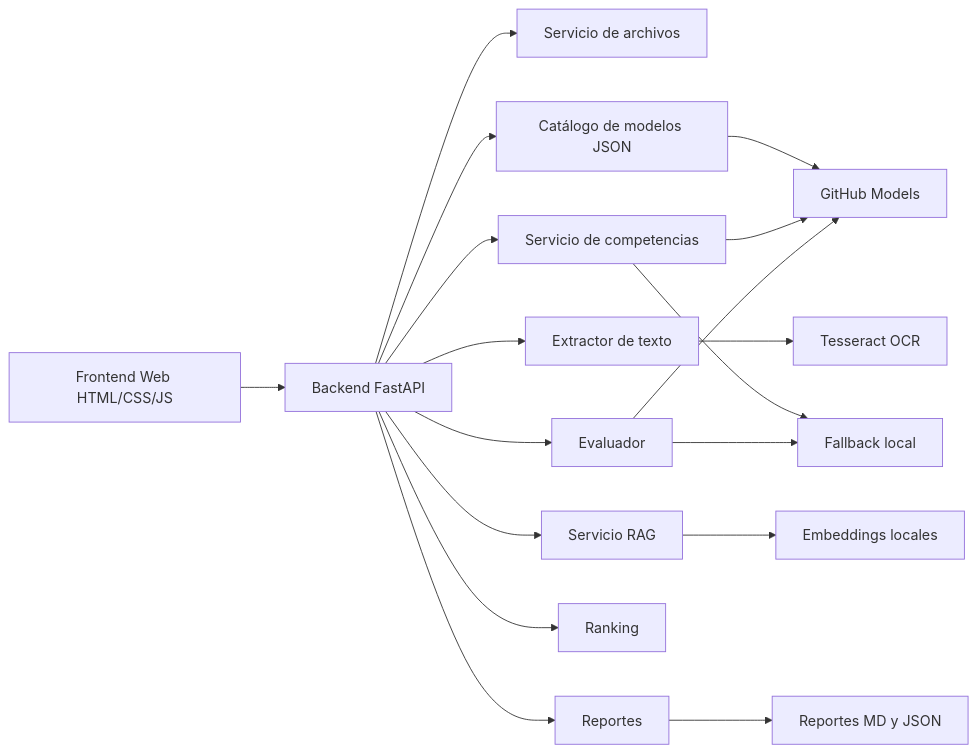
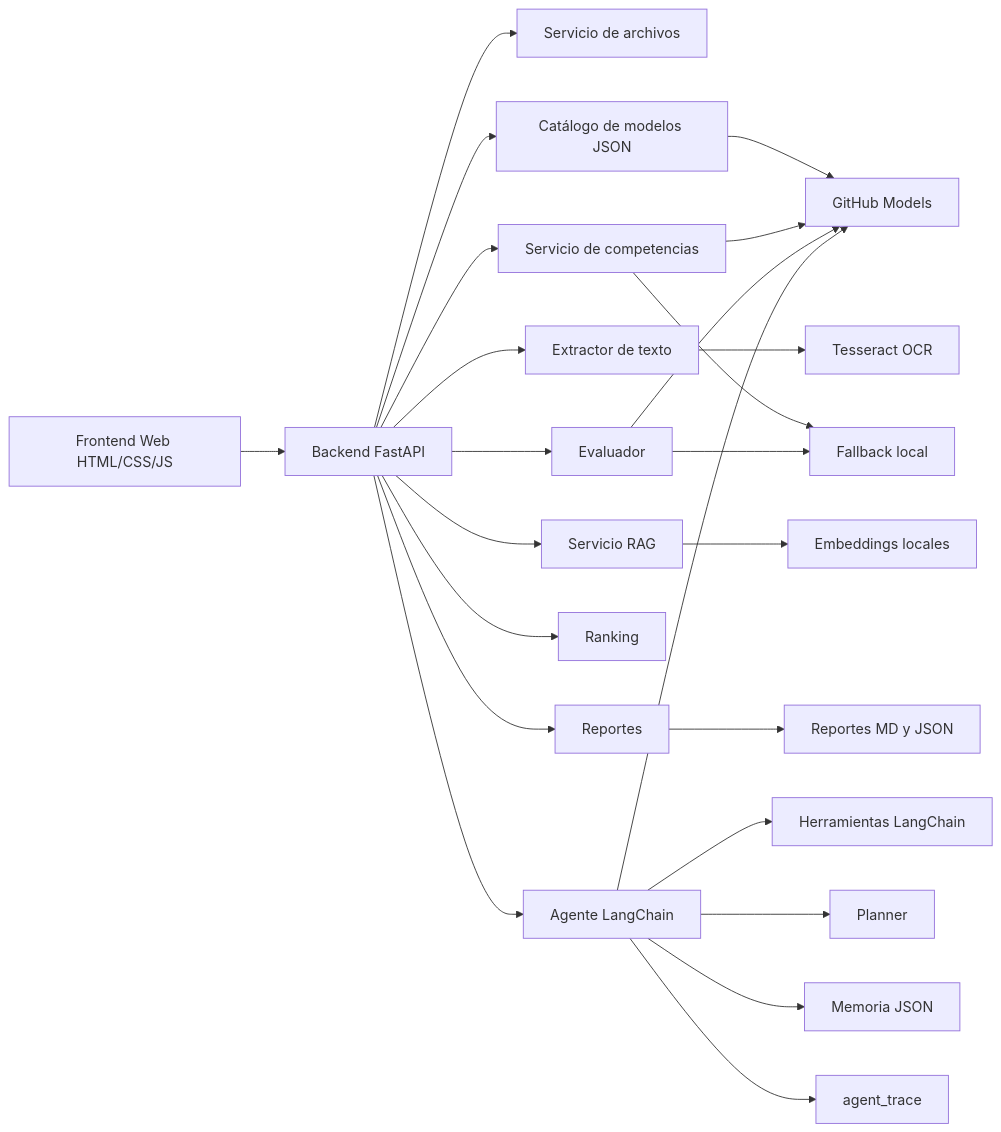
Before and after one commit to flecaros84/caso: the second of 3 diagrams in readme.md, drawn with Mermaid. The commit also changed other lines of this file and 5 other files, not shown here.

````diff
--- a/readme.md
+++ b/readme.md
@@ -606,20 +684,28 @@
 ```mermaid
 flowchart LR
     A[Frontend Web HTML/CSS/JS] --> B[Backend FastAPI]
     B --> C[Servicio de archivos]
     B --> O[Catálogo de modelos JSON]
     B --> D[Extractor de texto]
     B --> E[Servicio de competencias]
     B --> F[Servicio RAG]
     B --> G[Evaluador]
     B --> H[Ranking]
     B --> I[Reportes]
+    B --> AG[Agente LangChain]
+
     D --> J[Tesseract OCR]
     O --> K[Modelo seleccionado]
     E --> K[GitHub Models]
     G --> K
+    AG --> K
     E --> L[Fallback local]
     G --> L
     F --> M[Embeddings locales]
     I --> N[Reportes MD y JSON]
+
+    AG --> P[Herramientas LangChain]
+    AG --> Q[Planner]
+    AG --> R[Memoria JSON]
+    AG --> S[agent_trace]
 ```
````
